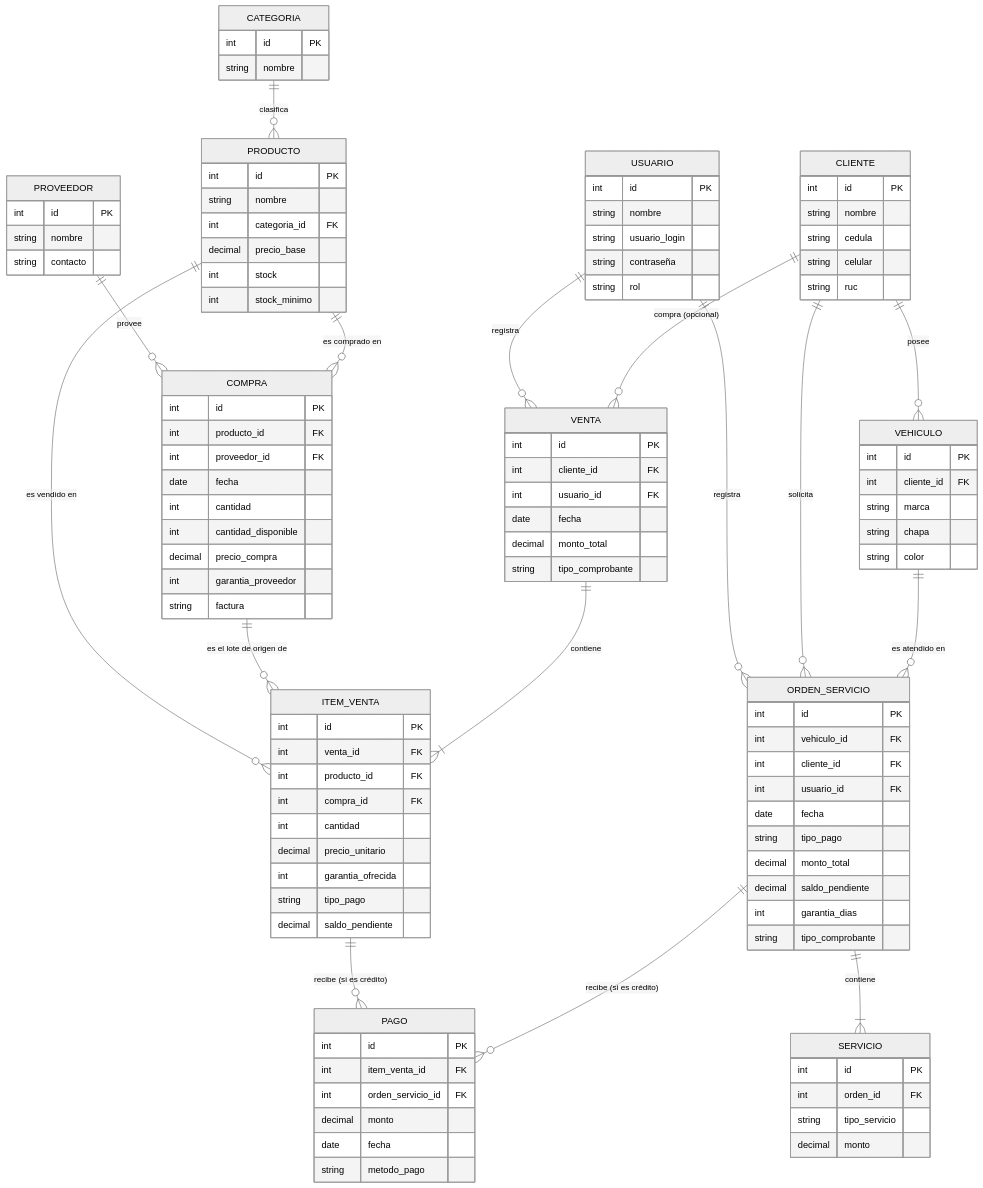
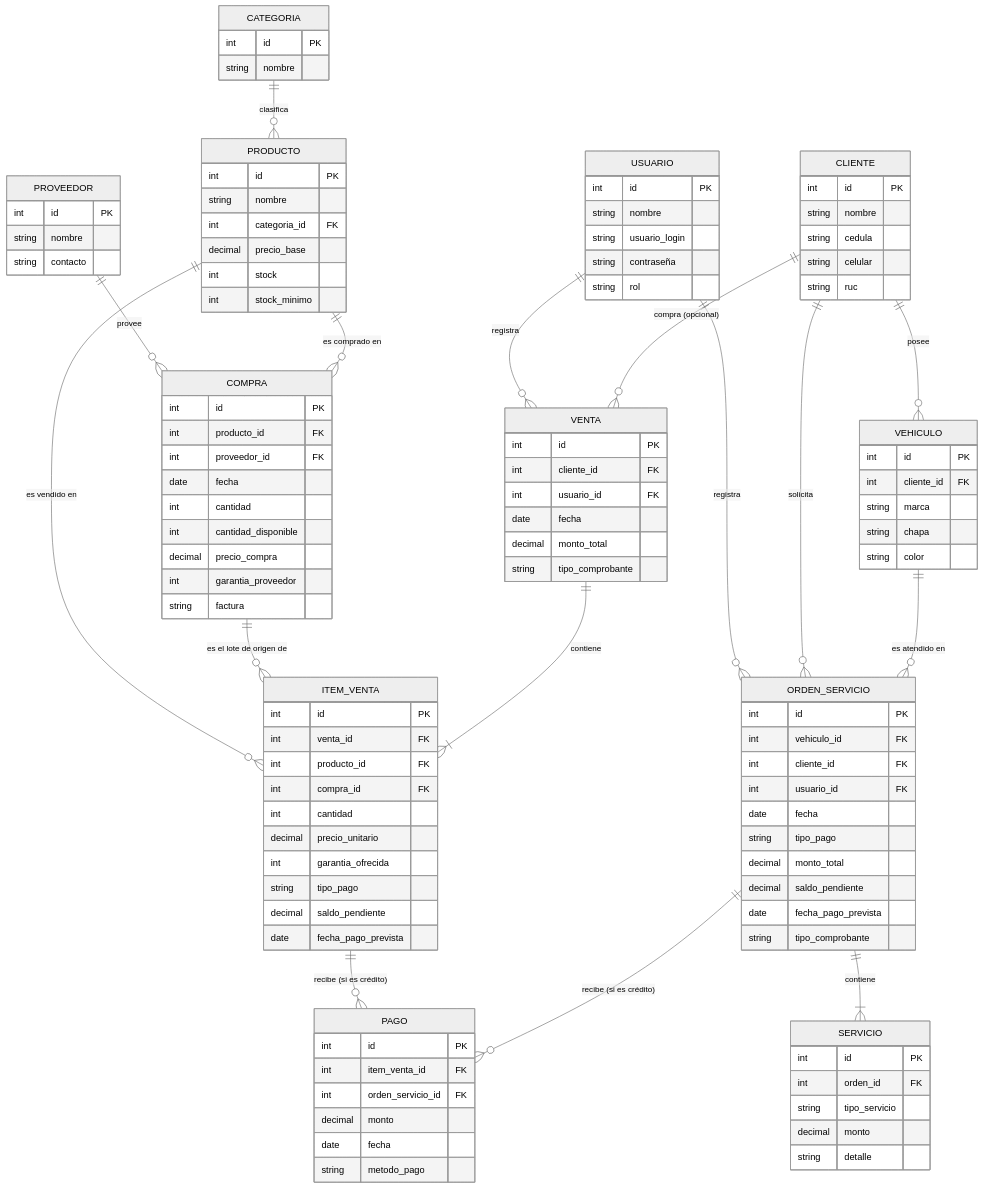
One commit to josD0111/neucar-system changed the diagram in docs/02-desing/diagrama-entidad-relacion.md. Above: the diagram before and after it, drawn with Mermaid (neutral theme). The commit also changed other lines of this file and 7 other files, not shown here.

````diff
--- a/docs/02-desing/diagrama-entidad-relacion.md
+++ b/docs/02-desing/diagrama-entidad-relacion.md
@@ -96,6 +96,7 @@
         int garantia_ofrecida
         string tipo_pago
         decimal saldo_pendiente
+        date fecha_pago_prevista
     }
 
     PAGO {
@@ -124,7 +125,7 @@
         string tipo_pago
         decimal monto_total
         decimal saldo_pendiente
-        int garantia_dias
+        date fecha_pago_prevista
         string tipo_comprobante
     }
 
@@ -133,5 +134,6 @@
         int orden_id FK
         string tipo_servicio
         decimal monto
+        string detalle
     }
 ```
````
